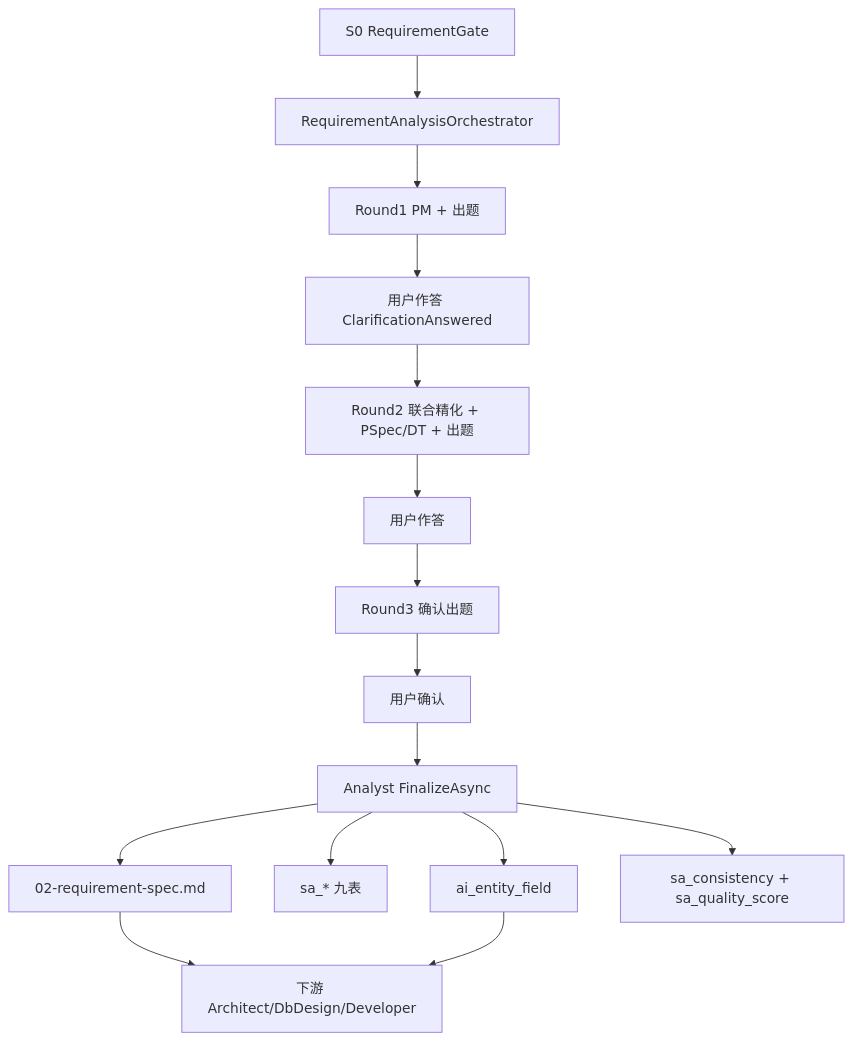
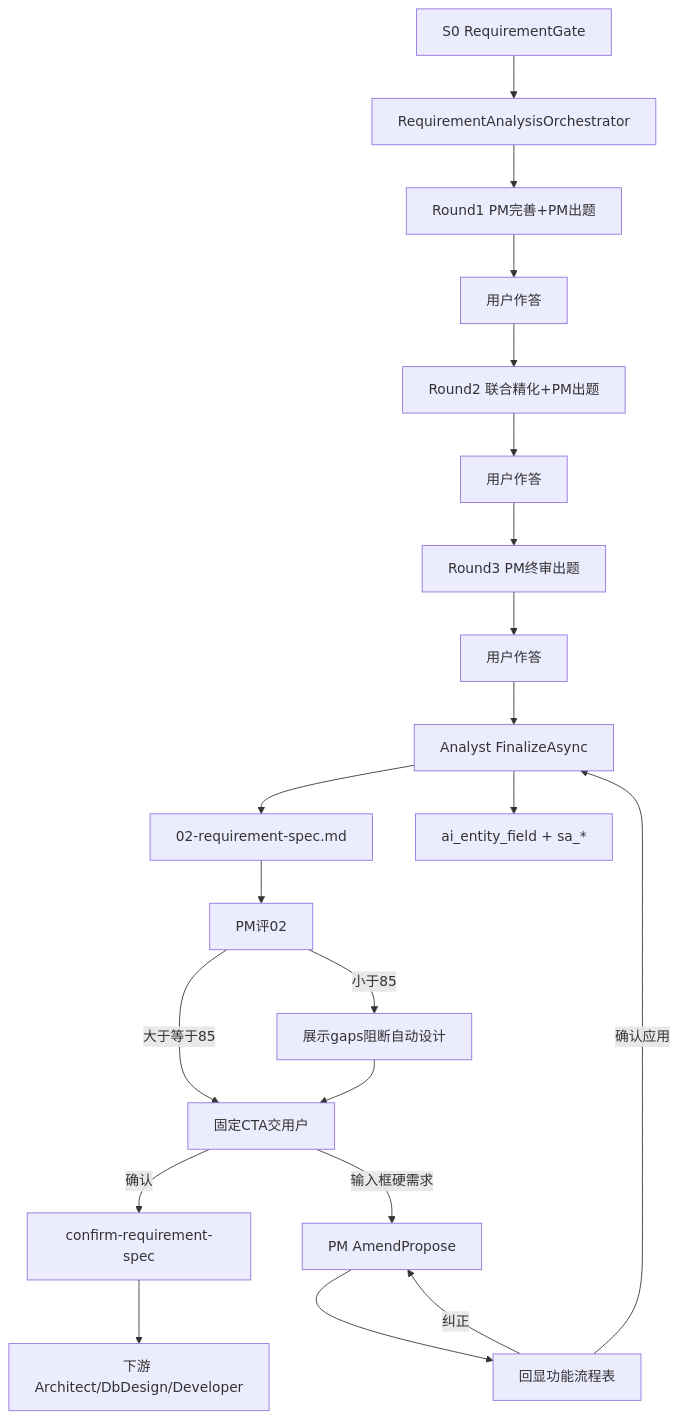
Before and after one commit to DULASlee/jnpfv52: the diagram in docs/AI原生开发/1、多用户多任务并行/25、需求分析子链重构方案书（修订版）.md, drawn with Mermaid. The commit also changed other lines of this file and 661 other files, not shown here.

````diff
--- a/docs/AI原生开发/1、多用户多任务并行/25、需求分析子链重构方案书（修订版）.md
+++ b/docs/AI原生开发/1、多用户多任务并行/25、需求分析子链重构方案书（修订版）.md
@@ -154,17 +199,23 @@
 ```mermaid
 flowchart TD
   S0[S0 RequirementGate] --> Orch[RequirementAnalysisOrchestrator]
-  Orch --> R1[Round1 PM + 出题]
-  R1 --> Ans1[用户作答 ClarificationAnswered]
-  Ans1 --> R2[Round2 联合精化 + PSpec/DT + 出题]
+  Orch --> R1[Round1 PM完善+PM出题]
+  R1 --> Ans1[用户作答]
+  Ans1 --> R2[Round2 联合精化+PM出题]
   R2 --> Ans2[用户作答]
-  Ans2 --> R3[Round3 确认出题]
-  R3 --> Ans3[用户确认]
+  Ans2 --> R3[Round3 PM终审出题]
+  R3 --> Ans3[用户作答]
   Ans3 --> Fin[Analyst FinalizeAsync]
-  Fin --> Proj[ai_entity_field]
-  Fin --> Sa9[sa_* 九表]
   Fin --> Doc[02-requirement-spec.md]
-  Fin --> Q[sa_consistency + sa_quality_score]
-  Doc --> Down[下游 Architect/DbDesign/Developer]
-  Proj --> Down
+  Fin --> Proj[ai_entity_field + sa_*]
+  Doc --> PmScore[PM评02]
+  PmScore -->|大于等于85| CTA[固定CTA交用户]
+  PmScore -->|小于85| Show[展示gaps阻断自动设计]
+  Show --> CTA
+  CTA -->|确认| Conf[confirm-requirement-spec]
+  CTA -->|输入框硬需求| Amend[PM AmendPropose]
+  Amend --> Echo[回显功能流程表]
+  Echo -->|确认应用| Fin
+  Echo -->|纠正| Amend
+  Conf --> Down[下游 Architect/DbDesign/Developer]
 ```
````
